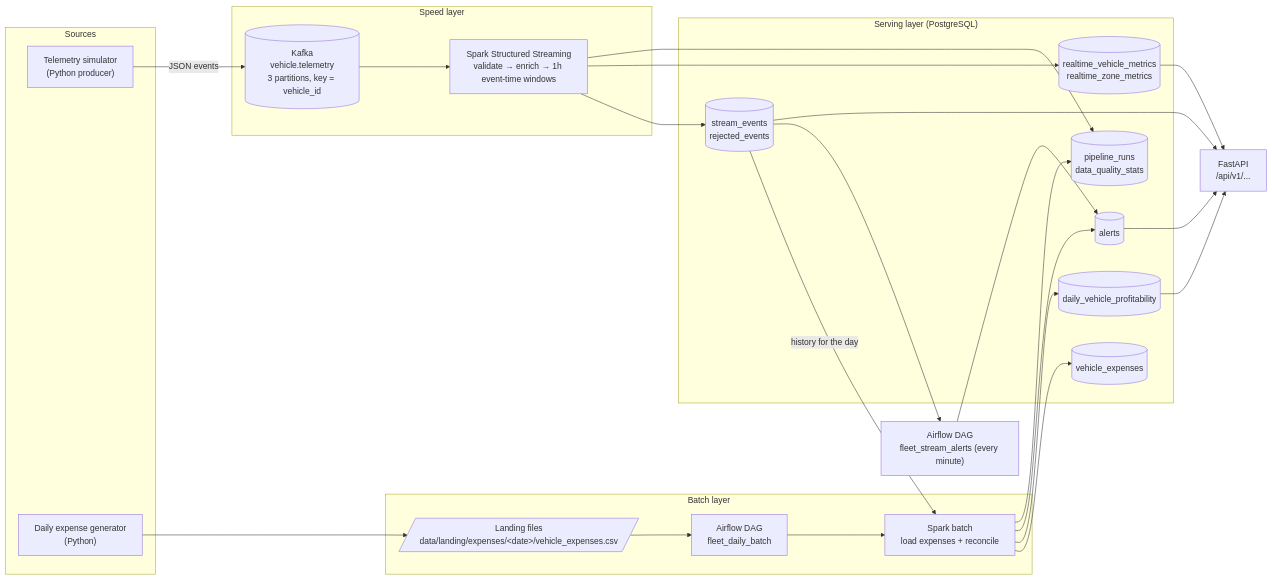
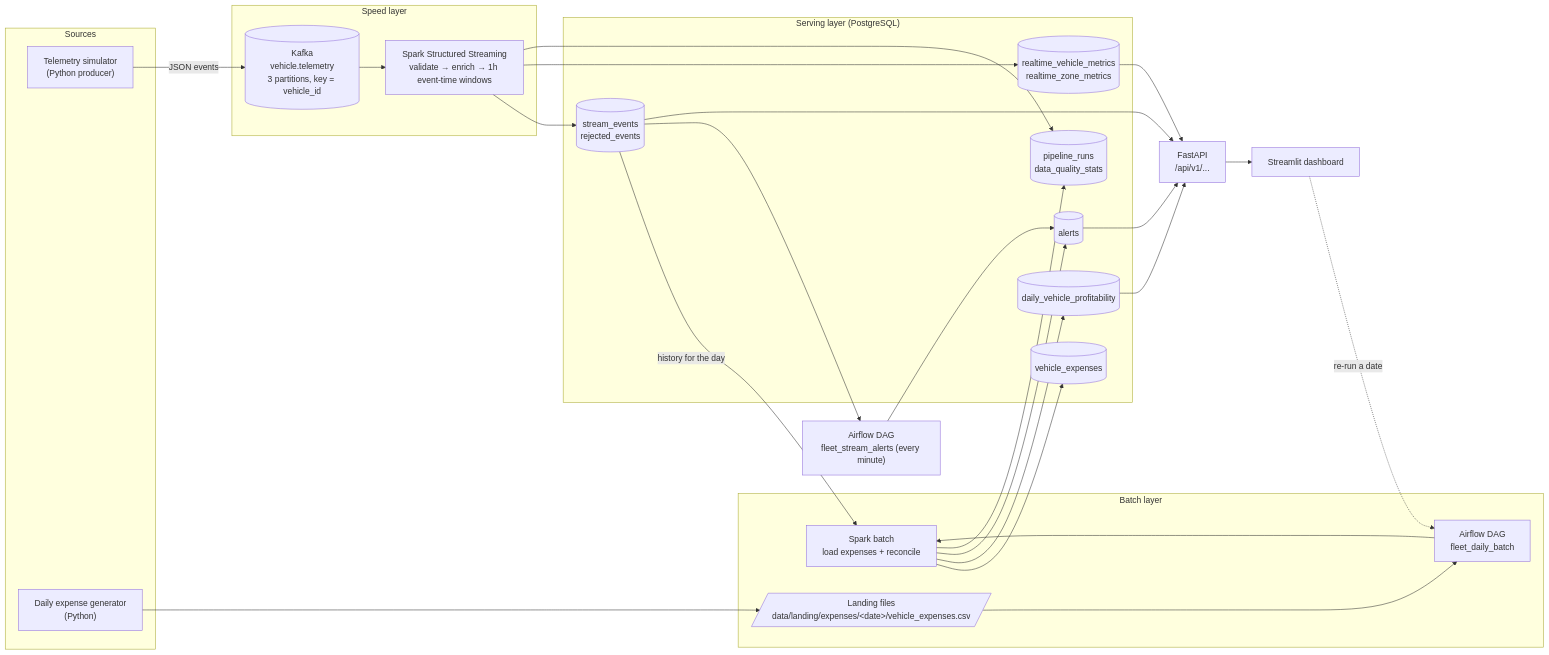
Before and after one commit to JeganT143/Fleet-Lambda: the diagram in docs/architecture.md, drawn with Mermaid. The commit also changed other lines of this file and 20 other files, not shown here.

First line of the commit message:
Add Streamlit dashboard with API and Airflow integration

````diff
--- a/docs/architecture.md
+++ b/docs/architecture.md
@@ -17,43 +17,46 @@
 ```mermaid
 flowchart LR
     subgraph Sources
         P["Telemetry simulator<br/>(Python producer)"]
         G["Daily expense generator<br/>(Python)"]
     end
 
     subgraph Speed["Speed layer"]
         K[("Kafka<br/>vehicle.telemetry<br/>3 partitions, key = vehicle_id")]
         SS["Spark Structured Streaming<br/>validate → enrich → 1h event-time windows"]
     end
 
     subgraph Batch["Batch layer"]
         L[/"Landing files<br/>data/landing/expenses/&lt;date&gt;/vehicle_expenses.csv"/]
         A["Airflow DAG<br/>fleet_daily_batch"]
         SB["Spark batch<br/>load expenses + reconcile"]
     end
 
     subgraph Serving["Serving layer (PostgreSQL)"]
         SE[(stream_events<br/>rejected_events)]
         RT[(realtime_vehicle_metrics<br/>realtime_zone_metrics)]
         VE[(vehicle_expenses)]
         DP[(daily_vehicle_profitability)]
         AL[(alerts)]
         PR[(pipeline_runs<br/>data_quality_stats)]
     end
 
     API["FastAPI<br/>/api/v1/..."]
     AA["Airflow DAG<br/>fleet_stream_alerts (every minute)"]
 
     P -->|JSON events| K --> SS
     SS --> SE
     SS --> RT
     G --> L --> A --> SB
     SB --> VE
     SE -->|history for the day| SB
     SB --> DP
     SB --> AL
     SE --> AA --> AL
     SB --> PR
     SS --> PR
     SE & RT & DP & AL --> API
+    UI["Streamlit dashboard"]
+    API --> UI
+    UI -.->|re-run a date| A
 ```
````
